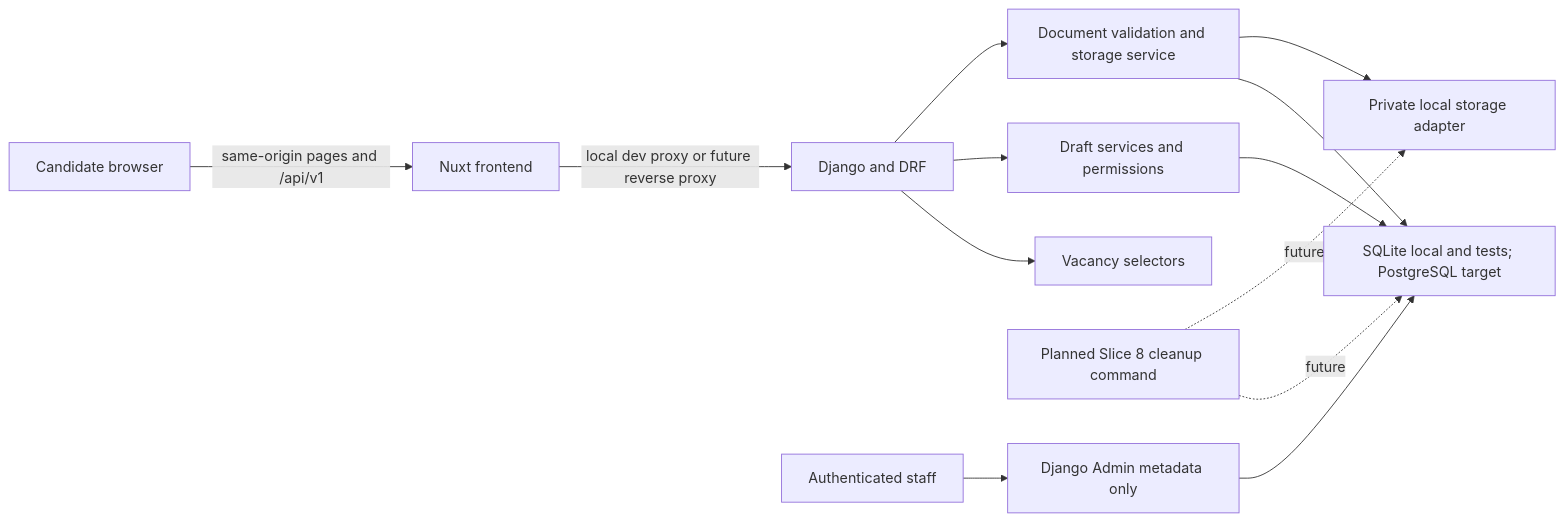
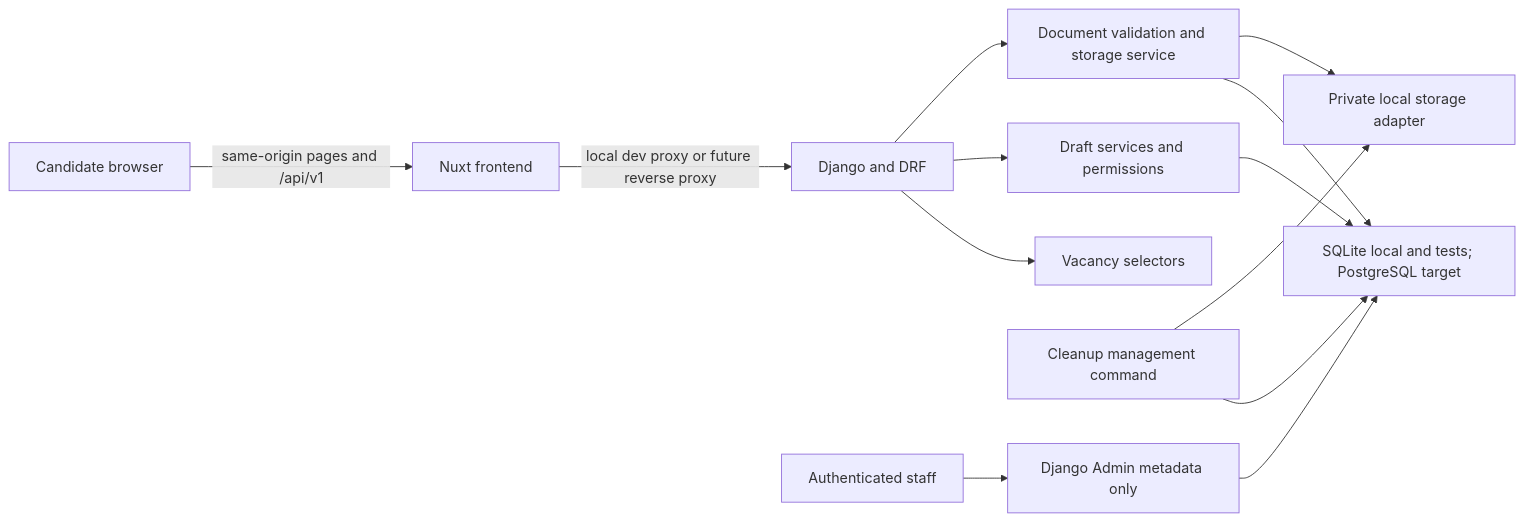
The first of 2 diagrams in docs/backend-architecture.md (JalolbekJR/applyflow), drawn with Mermaid before and after one commit. The commit also changed other lines of this file and 19 other files, not shown here.

````diff
--- a/docs/backend-architecture.md
+++ b/docs/backend-architecture.md
@@ -51,15 +51,15 @@
 ```mermaid
 flowchart LR
     Browser["Candidate browser"] -->|same-origin pages and /api/v1| Nuxt["Nuxt frontend"]
     Nuxt -->|local dev proxy or future reverse proxy| Django["Django and DRF"]
     Django --> Vacancies["Vacancy selectors"]
     Django --> Drafts["Draft services and permissions"]
     Django --> Documents["Document validation and storage service"]
     Drafts --> Database["SQLite local and tests; PostgreSQL target"]
     Documents --> Database
     Documents --> PrivateStorage["Private local storage adapter"]
-    PlannedCleanup["Planned Slice 8 cleanup command"] -. future .-> Database
-    PlannedCleanup -. future .-> PrivateStorage
+    CleanupCommand["Cleanup management command"] --> Database
+    CleanupCommand --> PrivateStorage
     Staff["Authenticated staff"] --> Admin["Django Admin metadata only"]
     Admin --> Database
 ```
````
